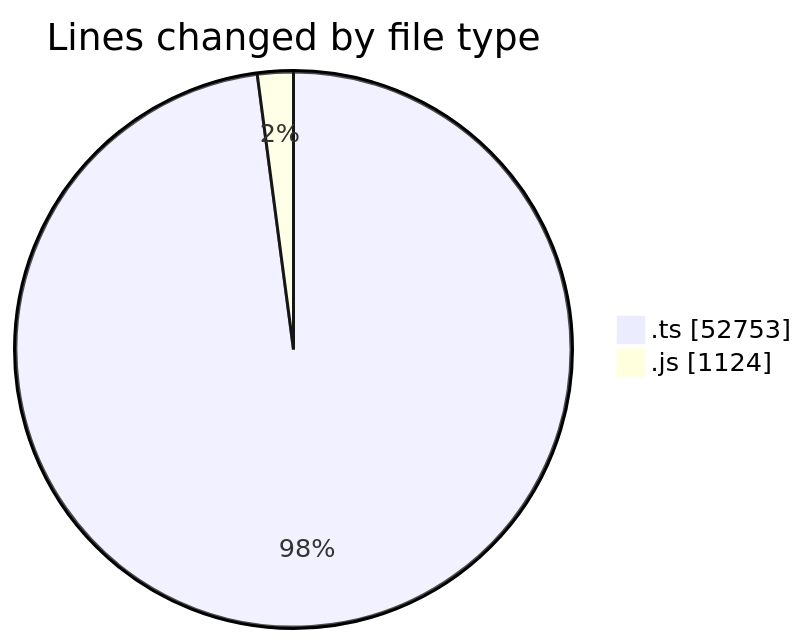
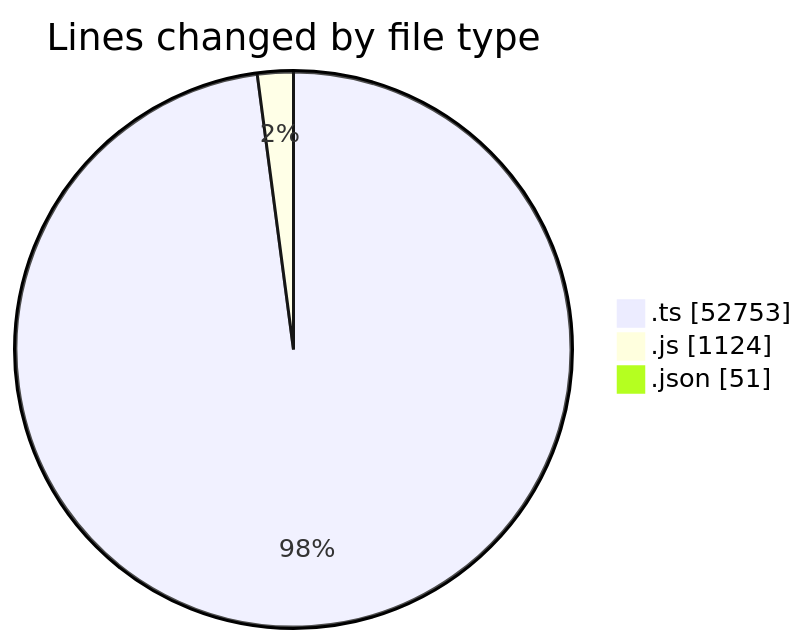
One commit to momahboobian/code-tracking changed the first of 2 diagrams in 2026-10-23/cda/README.md. Above: the diagram before and after it, drawn with Mermaid. The commit also changed other lines of this file and 1 other file, not shown here.

````diff
--- a/2026-10-23/cda/README.md
+++ b/2026-10-23/cda/README.md
@@ -34,6 +35,7 @@
 ```mermaid
 pie showData
 title Lines changed by file type
 ".ts" : 52753
 ".js" : 1124
+".json" : 51
 ```
````
